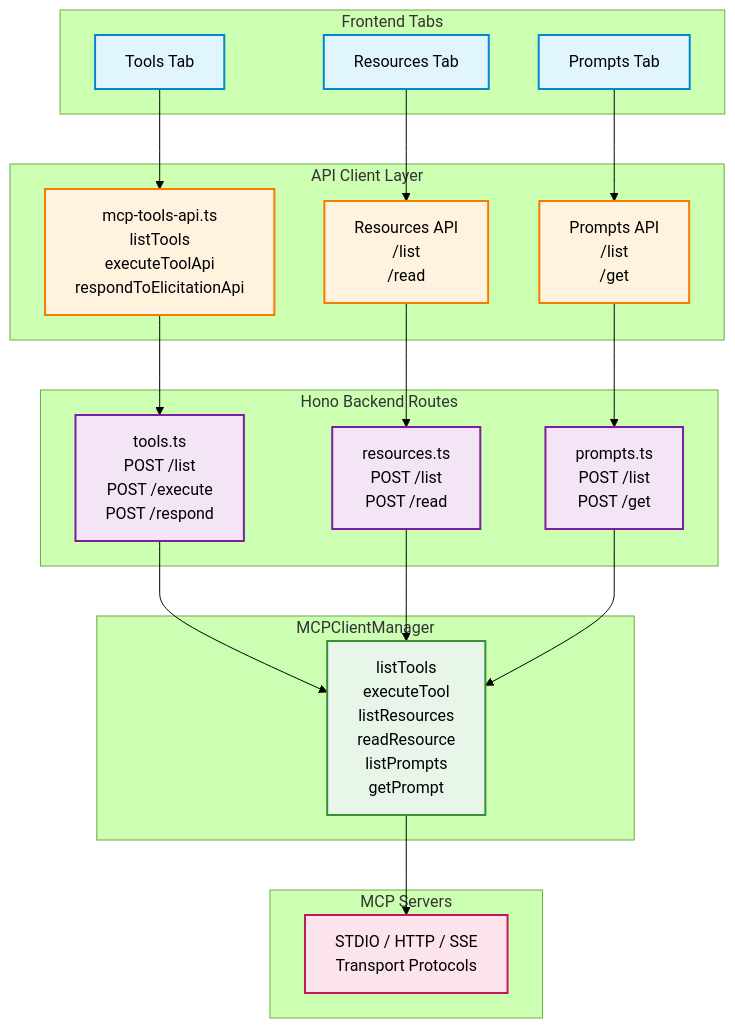
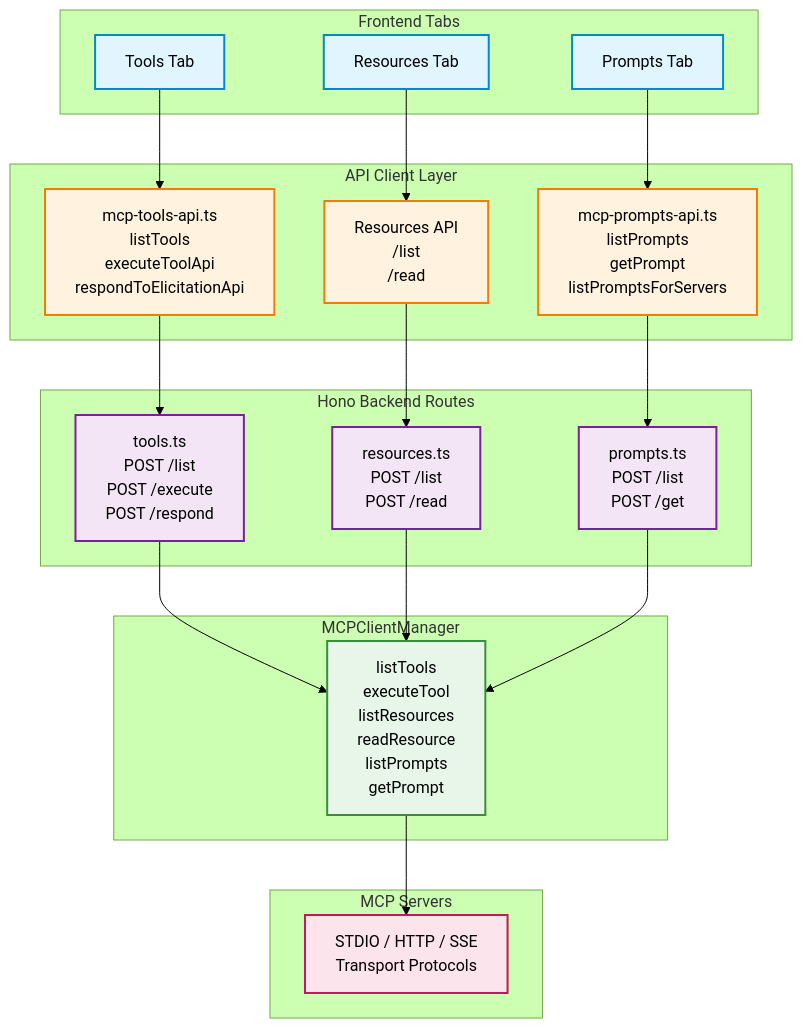
Before and after one commit to MCPJam/inspector: the diagram in docs/contributing/mcp-capabilities-architecture.mdx, drawn with Mermaid (forest theme).

````diff
--- a/docs/contributing/mcp-capabilities-architecture.mdx
+++ b/docs/contributing/mcp-capabilities-architecture.mdx
@@ -42,74 +42,75 @@
 ```mermaid
 graph TB
     subgraph Frontend["Frontend Tabs"]
         ToolsTab[Tools Tab]
         ResourcesTab[Resources Tab]
         PromptsTab[Prompts Tab]
     end
 
     subgraph APIClient["API Client Layer"]
         ToolsAPI[mcp-tools-api.ts
         listTools
         executeToolApi
         respondToElicitationApi]
         ResourcesAPI[Resources API
         /list
         /read]
-        PromptsAPI[Prompts API
-        /list
-        /get]
+        PromptsAPI[mcp-prompts-api.ts
+        listPrompts
+        getPrompt
+        listPromptsForServers]
     end
 
     subgraph Backend["Hono Backend Routes"]
         ToolsRoute[tools.ts
         POST /list
         POST /execute
         POST /respond]
         ResourcesRoute[resources.ts
         POST /list
         POST /read]
         PromptsRoute[prompts.ts
         POST /list
         POST /get]
     end
 
     subgraph Manager["MCPClientManager"]
         MCPManager[listTools
         executeTool
         listResources
         readResource
         listPrompts
         getPrompt]
     end
 
     subgraph MCPServers["MCP Servers"]
         Servers[STDIO / HTTP / SSE
         Transport Protocols]
     end
 
     ToolsTab --> ToolsAPI
     ResourcesTab --> ResourcesAPI
     PromptsTab --> PromptsAPI
 
     ToolsAPI --> ToolsRoute
     ResourcesAPI --> ResourcesRoute
     PromptsAPI --> PromptsRoute
 
     ToolsRoute --> MCPManager
     ResourcesRoute --> MCPManager
     PromptsRoute --> MCPManager
 
     MCPManager --> Servers
 
     classDef frontend fill:#e1f5ff,stroke:#0288d1,stroke-width:2px
     classDef api fill:#fff3e0,stroke:#f57c00,stroke-width:2px
     classDef backend fill:#f3e5f5,stroke:#7b1fa2,stroke-width:2px
     classDef manager fill:#e8f5e9,stroke:#388e3c,stroke-width:2px
     classDef mcp fill:#fce4ec,stroke:#c2185b,stroke-width:2px
 
     class ToolsTab,ResourcesTab,PromptsTab frontend
     class ToolsAPI,ResourcesAPI,PromptsAPI api
     class ToolsRoute,ResourcesRoute,PromptsRoute backend
     class MCPManager manager
     class Servers mcp
 ```
````
